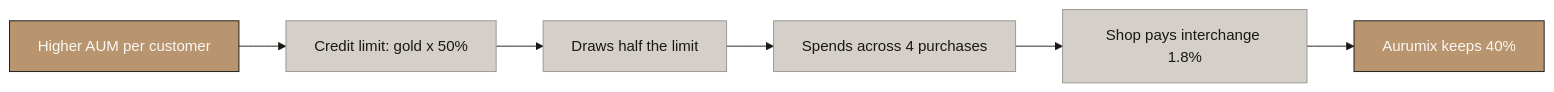
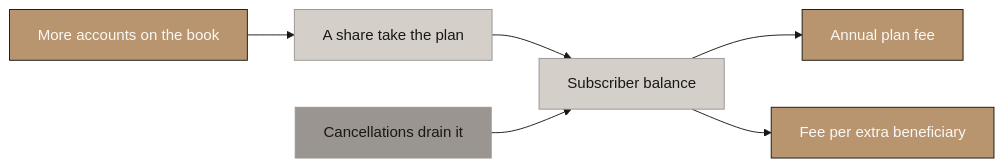
The third of 6 diagrams in deliverables/4-revenue-modeling/Aurumix_Process_Maps_Revenue_Growth.md (Abdsys/Aurumix), drawn with Mermaid before and after one commit. The commit also changed other lines of this file, not shown here.

First line of the commit message:
Abstract the growth maps; fold spot into the entry fee

````diff
--- a/deliverables/4-revenue-modeling/Aurumix_Process_Maps_Revenue_Growth.md
+++ b/deliverables/4-revenue-modeling/Aurumix_Process_Maps_Revenue_Growth.md
@@ -148,27 +152,27 @@
 ```mermaid
 %%{init: {'theme': 'base', 'themeVariables': {
     'primaryColor': '#B8956E',
     'primaryTextColor': '#1A1714',
     'primaryBorderColor': '#1A1714',
     'lineColor': '#1A1714',
     'secondaryColor': '#FAF8F5',
     'tertiaryColor': '#D4CFC8',
     'fontFamily': 'Libre Franklin, sans-serif',
     'edgeLabelBackground': '#D4CFC8',
     'clusterBkg': '#FAF8F5',
     'clusterBorder': '#B8956E'
 }}}%%
 graph LR
-    A["Higher AUM per customer"] --> B["Credit limit: gold x 50%"]
-    B --> C["Draws half the limit"]
-    C --> D["Spends across 4 purchases"]
-    D --> E["Shop pays interchange 1.8%"]
-    E --> F["Aurumix keeps 40%"]
+    A["More accounts on the book"] --> B["A share take the plan"]
+    B --> C["Subscriber balance"]
+    C --> D["Annual plan fee"]
+    C --> E["Fee per extra beneficiary"]
+    F["Cancellations drain it"] --> C
 
     style A fill:#B8956E,stroke:#1A1714,color:#FAF8F5
     style B fill:#D4CFC8,stroke:#9A9590,color:#1A1714
     style C fill:#D4CFC8,stroke:#9A9590,color:#1A1714
-    style D fill:#D4CFC8,stroke:#9A9590,color:#1A1714
-    style E fill:#D4CFC8,stroke:#9A9590,color:#1A1714
-    style F fill:#B8956E,stroke:#1A1714,color:#FAF8F5
+    style D fill:#B8956E,stroke:#1A1714,color:#FAF8F5
+    style E fill:#B8956E,stroke:#1A1714,color:#FAF8F5
+    style F fill:#9A9590,stroke:#9A9590,color:#1A1714
 ```
````
